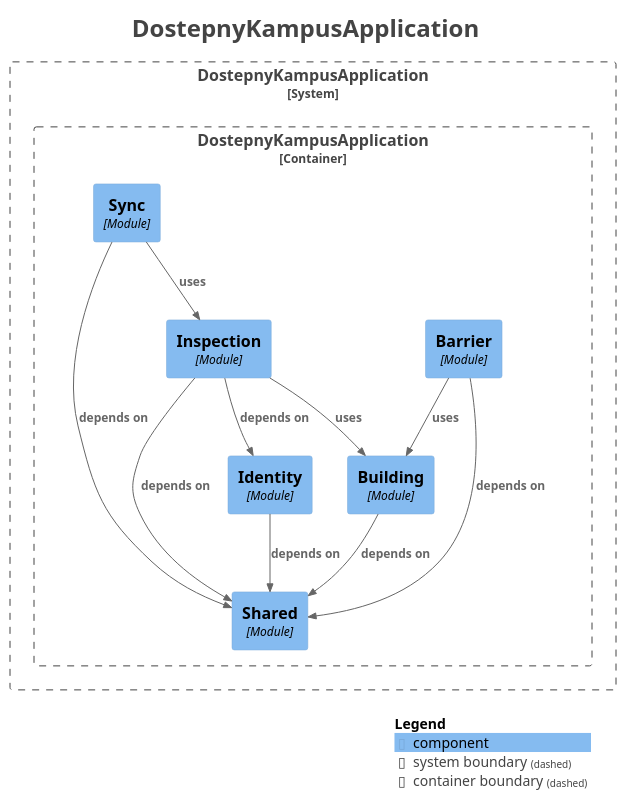
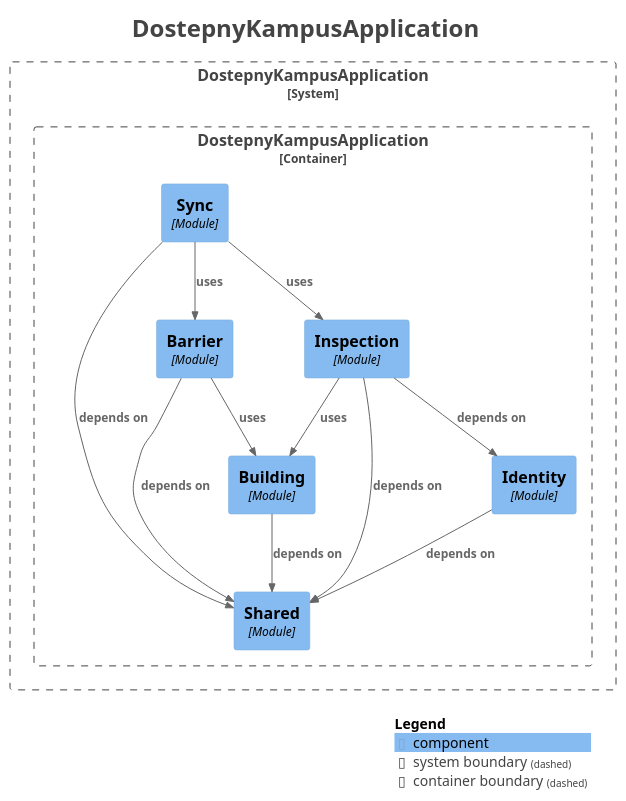
Before and after one commit to dostepny-kampus/dostepny-kampus: the diagram in docs/docs/architektura/moduly-serwera.iuml, drawn with PlantUML. The commit also changed 6 other files, not shown here.

```diff
--- a/docs/docs/architektura/moduly-serwera.iuml
+++ b/docs/docs/architektura/moduly-serwera.iuml
@@ -1,42 +1,43 @@
 @startuml
 title <size:24>DostepnyKampusApplication</size>
 
 set separator none
 top to bottom direction
 
 <style>
   root {
     BackgroundColor: #ffffff
     FontColor: #444444
   }
 </style>
 
 !include <C4/C4>
 !include <C4/C4_Context>
 !include <C4/C4_Component>
 
 System_Boundary("DostepnyKampusApplication_boundary", "DostepnyKampusApplication", $tags="") {
   Container_Boundary("DostepnyKampusApplication.DostepnyKampusApplication_boundary", "DostepnyKampusApplication", $tags="") {
     Component(DostepnyKampusApplication.DostepnyKampusApplication.Shared, "Shared", $techn="Module", $descr="", $tags="", $link="")
     Component(DostepnyKampusApplication.DostepnyKampusApplication.Building, "Building", $techn="Module", $descr="", $tags="", $link="")
     Component(DostepnyKampusApplication.DostepnyKampusApplication.Barrier, "Barrier", $techn="Module", $descr="", $tags="", $link="")
     Component(DostepnyKampusApplication.DostepnyKampusApplication.Identity, "Identity", $techn="Module", $descr="", $tags="", $link="")
     Component(DostepnyKampusApplication.DostepnyKampusApplication.Inspection, "Inspection", $techn="Module", $descr="", $tags="", $link="")
     Component(DostepnyKampusApplication.DostepnyKampusApplication.Sync, "Sync", $techn="Module", $descr="", $tags="", $link="")
   }
 
 }
 
 Rel(DostepnyKampusApplication.DostepnyKampusApplication.Building, DostepnyKampusApplication.DostepnyKampusApplication.Shared, "depends on", $techn="", $tags="", $link="")
 Rel(DostepnyKampusApplication.DostepnyKampusApplication.Barrier, DostepnyKampusApplication.DostepnyKampusApplication.Shared, "depends on", $techn="", $tags="", $link="")
 Rel(DostepnyKampusApplication.DostepnyKampusApplication.Barrier, DostepnyKampusApplication.DostepnyKampusApplication.Building, "uses", $techn="", $tags="", $link="")
 Rel(DostepnyKampusApplication.DostepnyKampusApplication.Identity, DostepnyKampusApplication.DostepnyKampusApplication.Shared, "depends on", $techn="", $tags="", $link="")
 Rel(DostepnyKampusApplication.DostepnyKampusApplication.Inspection, DostepnyKampusApplication.DostepnyKampusApplication.Shared, "depends on", $techn="", $tags="", $link="")
 Rel(DostepnyKampusApplication.DostepnyKampusApplication.Inspection, DostepnyKampusApplication.DostepnyKampusApplication.Building, "uses", $techn="", $tags="", $link="")
 Rel(DostepnyKampusApplication.DostepnyKampusApplication.Sync, DostepnyKampusApplication.DostepnyKampusApplication.Shared, "depends on", $techn="", $tags="", $link="")
+Rel(DostepnyKampusApplication.DostepnyKampusApplication.Sync, DostepnyKampusApplication.DostepnyKampusApplication.Barrier, "uses", $techn="", $tags="", $link="")
 Rel(DostepnyKampusApplication.DostepnyKampusApplication.Sync, DostepnyKampusApplication.DostepnyKampusApplication.Inspection, "uses", $techn="", $tags="", $link="")
 Rel(DostepnyKampusApplication.DostepnyKampusApplication.Inspection, DostepnyKampusApplication.DostepnyKampusApplication.Identity, "depends on", $techn="", $tags="", $link="")
 
 SHOW_LEGEND(true)
 hide stereotypes
 @enduml
```
